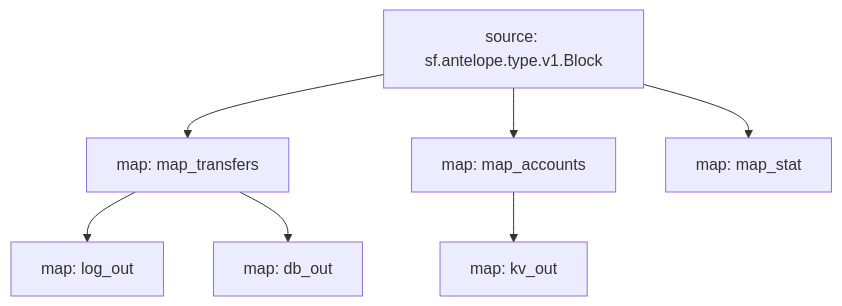
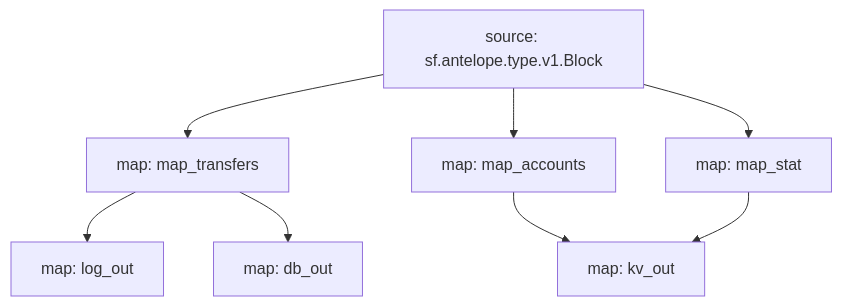
One commit to pinax-network/substreams changed the diagram in eosio.token/README.md. Above: the diagram before and after it, drawn with Mermaid. The commit also changed other lines of this file and 2 other files, not shown here.

Commit message:
Added map_stat to kv_out for eosio.token

````diff
--- a/eosio.token/README.md
+++ b/eosio.token/README.md
@@ -16,15 +16,16 @@
 ```mermaid
 graph TD;
   map_transfers[map: map_transfers]
   sf.antelope.type.v1.Block[source: sf.antelope.type.v1.Block] --> map_transfers
   map_accounts[map: map_accounts]
   sf.antelope.type.v1.Block[source: sf.antelope.type.v1.Block] --> map_accounts
   map_stat[map: map_stat]
   sf.antelope.type.v1.Block[source: sf.antelope.type.v1.Block] --> map_stat
   log_out[map: log_out]
   map_transfers --> log_out
   db_out[map: db_out]
   map_transfers --> db_out
   kv_out[map: kv_out]
   map_accounts --> kv_out
+  map_stat --> kv_out
 ```
````
